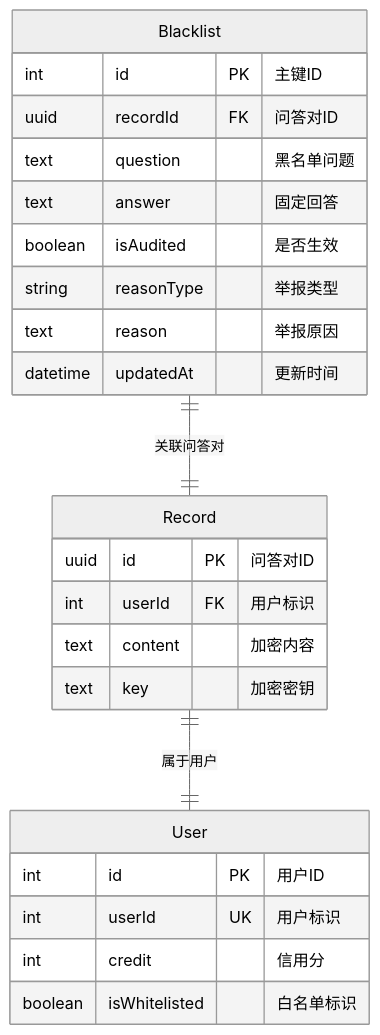
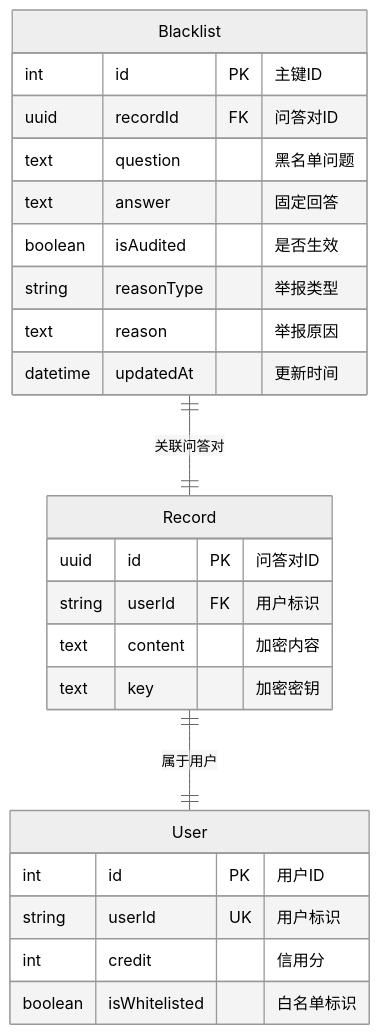
One commit to openeuler-mirror/euler-copilot-framework changed the first of 7 diagrams in design/services/blacklist.md. Above: the diagram before and after it, drawn with Mermaid (neutral theme). The commit also changed 18 other files, not shown here.

````diff
--- a/design/services/blacklist.md
+++ b/design/services/blacklist.md
@@ -23,30 +23,30 @@
 ```mermaid
 erDiagram
     Blacklist ||--|| Record : "关联问答对"
     Record ||--|| User : "属于用户"
 
     Blacklist {
         int id PK "主键ID"
         uuid recordId FK "问答对ID"
         text question "黑名单问题"
         text answer "固定回答"
         boolean isAudited "是否生效"
         string reasonType "举报类型"
         text reason "举报原因"
         datetime updatedAt "更新时间"
     }
 
     Record {
         uuid id PK "问答对ID"
-        int userId FK "用户标识"
+        string userId FK "用户标识"
         text content "加密内容"
         text key "加密密钥"
     }
 
     User {
         int id PK "用户ID"
-        int userId UK "用户标识"
+        string userId UK "用户标识"
         int credit "信用分"
         boolean isWhitelisted "白名单标识"
     }
 ```
````
